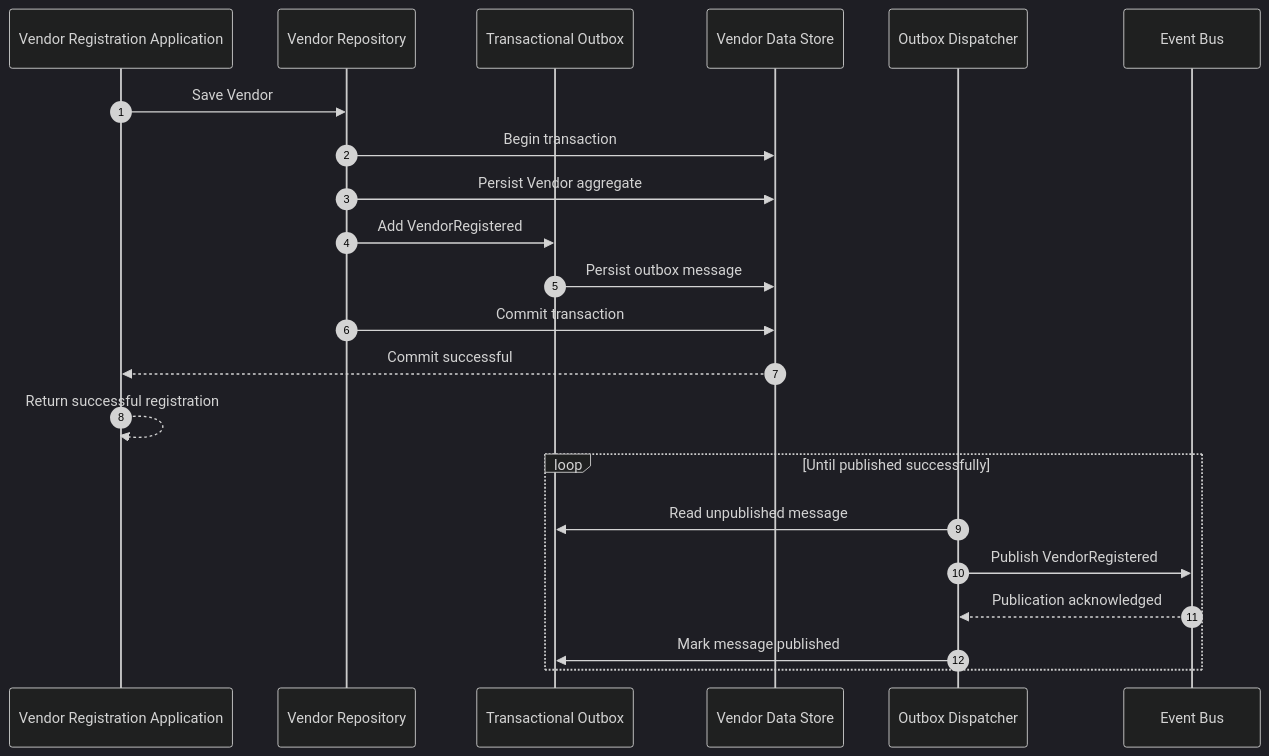
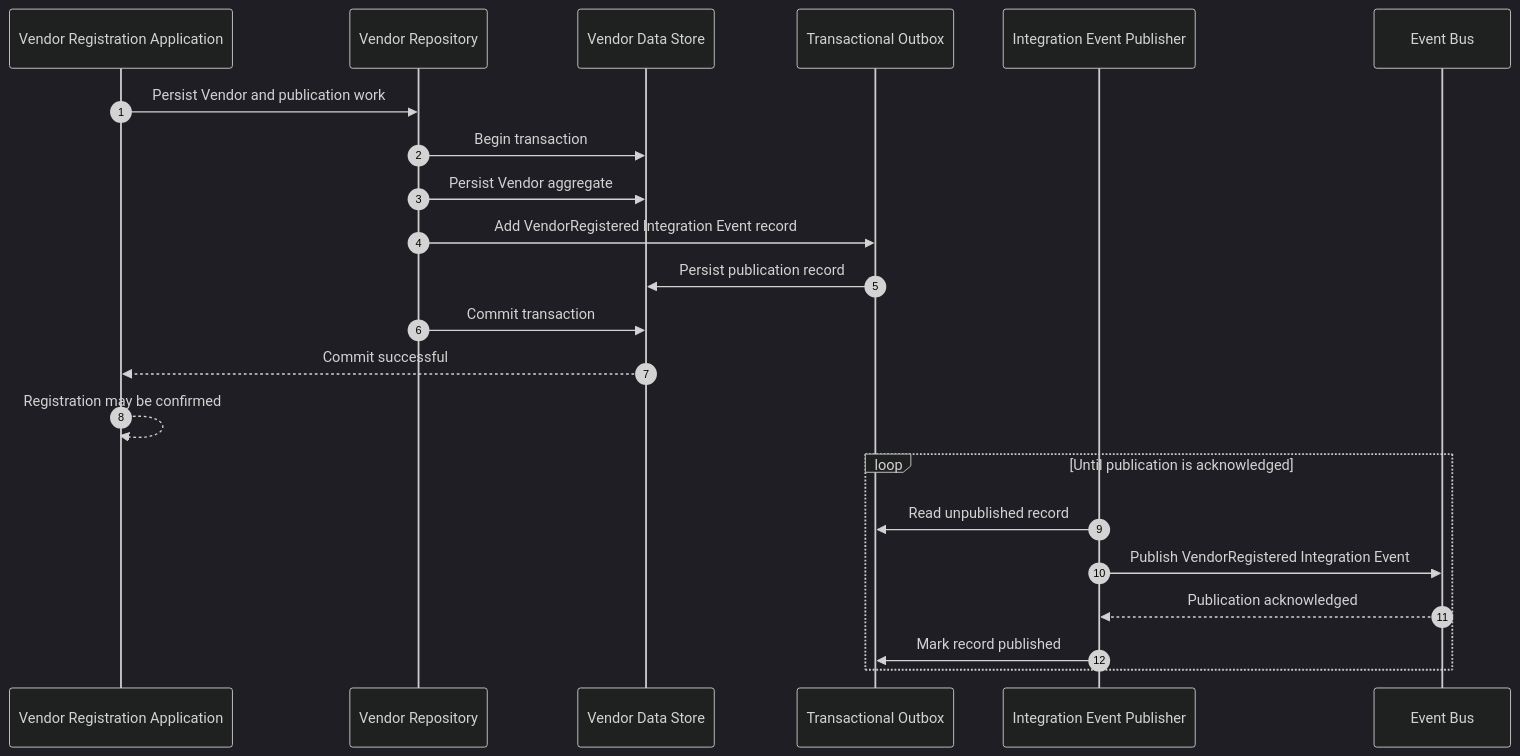
One commit to Joasties/HotJoes changed the fifth of 7 diagrams in docs/architecture/HJ-105 - Vendor Registration Sequence Diagram.md. Above: the diagram before and after it, drawn with Mermaid (dark theme). The commit also changed other lines of this file and 20 other files, not shown here.

Commit message:
docs amended: establish approved Vendor Registration architecture baseline

````diff
--- a/docs/architecture/HJ-105 - Vendor Registration Sequence Diagram.md
+++ b/docs/architecture/HJ-105 - Vendor Registration Sequence Diagram.md
@@ -340,28 +380,26 @@
 ```mermaid
 sequenceDiagram
     autonumber
-
     participant Application as Vendor Registration Application
     participant Repository as Vendor Repository
+    participant Store as Vendor Data Store
     participant Outbox as Transactional Outbox
-    participant Database as Vendor Data Store
-    participant Dispatcher as Outbox Dispatcher
+    participant Publisher as Integration Event Publisher
     participant Bus as Event Bus
 
-    Application->>Repository: Save Vendor
-    Repository->>Database: Begin transaction
-    Repository->>Database: Persist Vendor aggregate
-    Repository->>Outbox: Add VendorRegistered
-    Outbox->>Database: Persist outbox message
-    Repository->>Database: Commit transaction
-    Database-->>Application: Commit successful
+    Application->>Repository: Persist Vendor and publication work
+    Repository->>Store: Begin transaction
+    Repository->>Store: Persist Vendor aggregate
+    Repository->>Outbox: Add VendorRegistered Integration Event record
+    Outbox->>Store: Persist publication record
+    Repository->>Store: Commit transaction
+    Store-->>Application: Commit successful
+    Application-->>Application: Registration may be confirmed
 
-    Application-->>Application: Return successful registration
-
-    loop Until published successfully
-        Dispatcher->>Outbox: Read unpublished message
-        Dispatcher->>Bus: Publish VendorRegistered
-        Bus-->>Dispatcher: Publication acknowledged
-        Dispatcher->>Outbox: Mark message published
+    loop Until publication is acknowledged
+        Publisher->>Outbox: Read unpublished record
+        Publisher->>Bus: Publish VendorRegistered Integration Event
+        Bus-->>Publisher: Publication acknowledged
+        Publisher->>Outbox: Mark record published
     end
 ```
````
